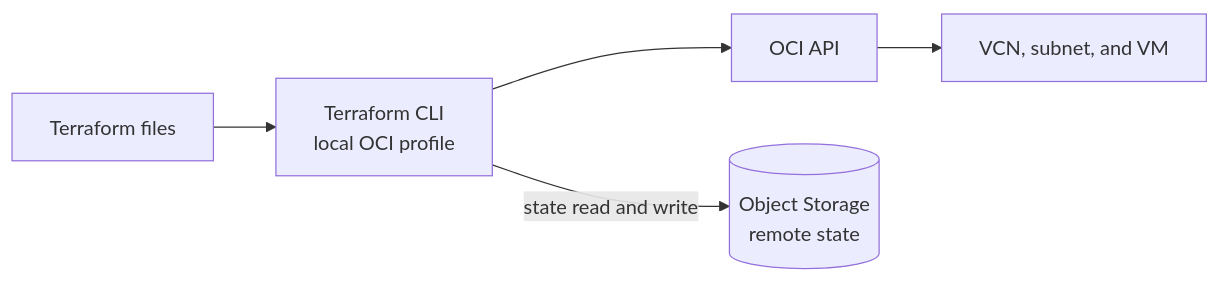
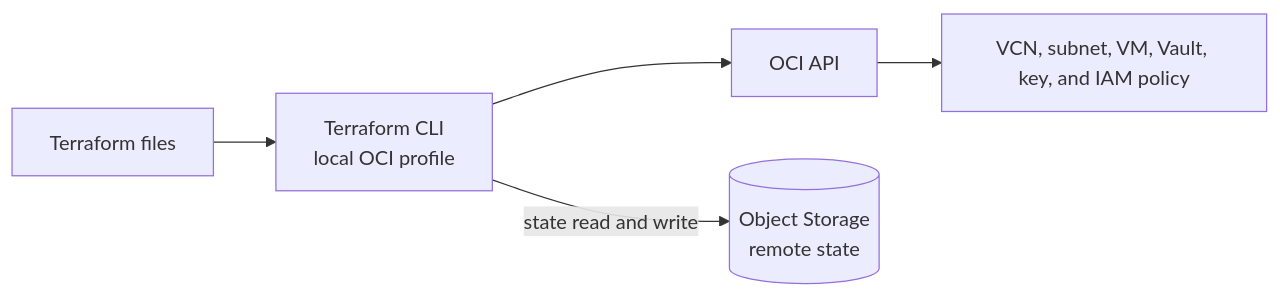
Before and after one commit to Disease-Prediction-ASET26/disease-prediction-infra: the second of 3 diagrams in README.md, drawn with Mermaid. The commit also changed other lines of this file and 2 other files, not shown here.

Commit message:
Add OCI Vault access for K3s (#13)

````diff
--- a/README.md
+++ b/README.md
@@ -39,6 +44,6 @@
 ```mermaid
 flowchart LR
   config[Terraform files] --> cli[Terraform CLI<br/>local OCI profile]
-  cli --> api[OCI API] --> resources[VCN, subnet, and VM]
+  cli --> api[OCI API] --> resources[VCN, subnet, VM, Vault, key, and IAM policy]
   cli -->|state read and write| state[(Object Storage<br/>remote state)]
 ```
````
